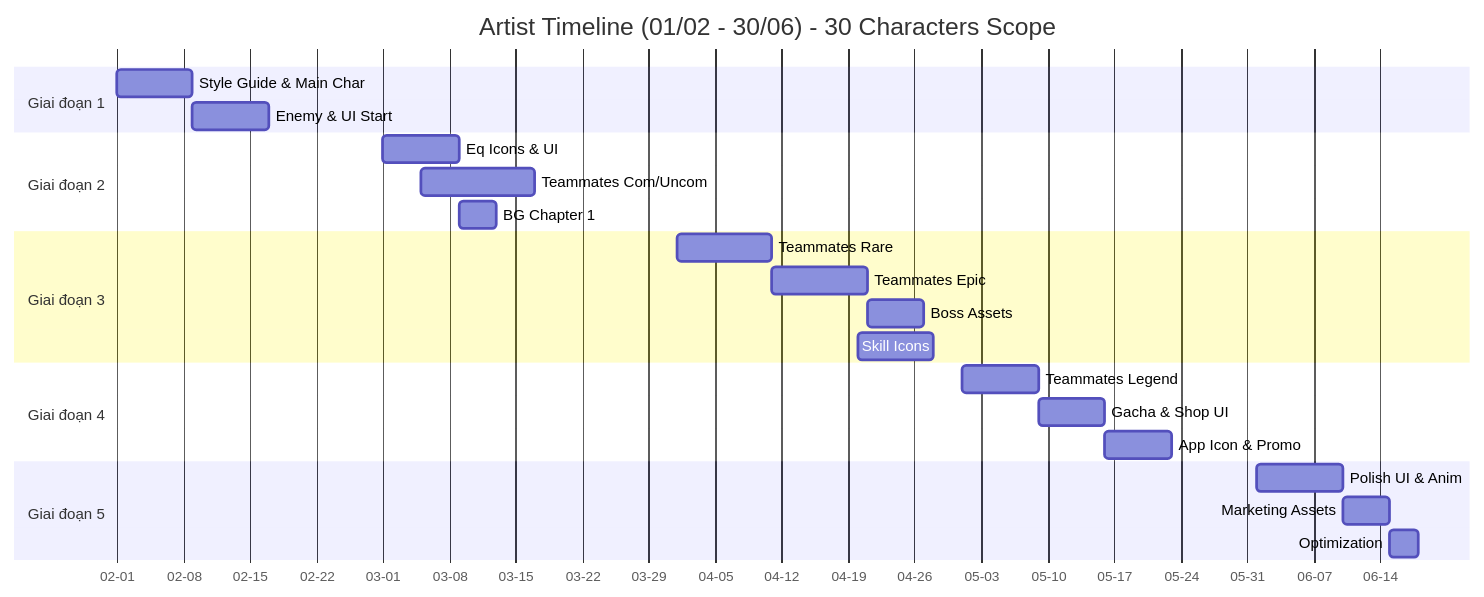
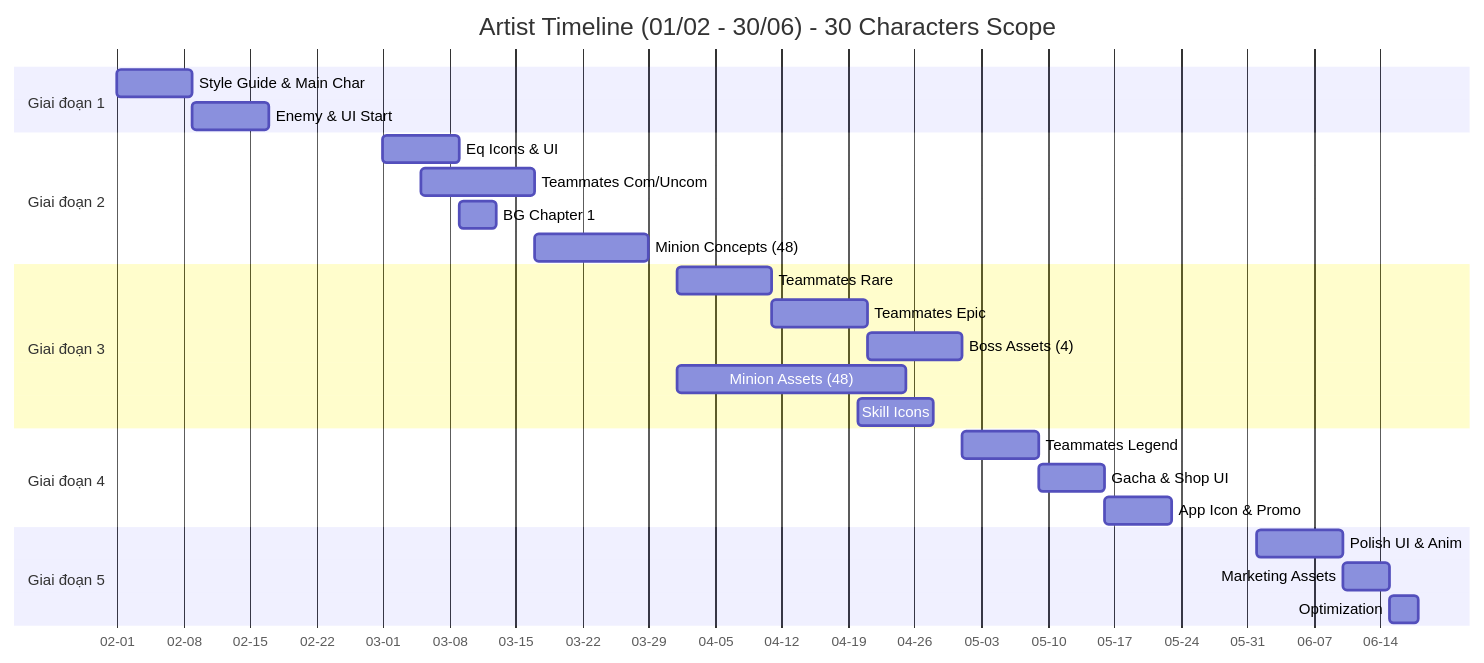
The diagram in docs/plan-timelines/artist.md (luantran-working/idlegame-designdocs), drawn with Mermaid before and after one commit. The commit also changed other lines of this file and 6 other files, not shown here.

Commit message:
feat: Add initial game design documentation for monster and skill systems, artist timeline, agent rules, and update sidebar navigation.

````diff
--- a/docs/plan-timelines/artist.md
+++ b/docs/plan-timelines/artist.md
@@ -88,31 +90,33 @@
 ```mermaid
 gantt
     title Artist Timeline (01/02 - 30/06) - 30 Characters Scope
     dateFormat YYYY-MM-DD
     axisFormat %m-%d
 
     section Giai đoạn 1
     Style Guide & Main Char :ART1, 2026-02-01, 8d
     Enemy & UI Start        :ART2, after ART1, 8d
 
     section Giai đoạn 2
     Eq Icons & UI           :ART3, 2026-03-01, 8d
     Teammates Com/Uncom     :ART4, 2026-03-05, 12d
     BG Chapter 1            :ART5, after ART3, 4d
+    Minion Concepts (48)    :ART35, after ART4, 12d
 
     section Giai đoạn 3
     Teammates Rare          :ART6, 2026-04-01, 10d
     Teammates Epic          :ART7, after ART6, 10d
-    Boss Assets             :ART8, after ART7, 6d
+    Boss Assets (4)         :ART8, after ART7, 10d
+    Minion Assets (48)      :ART36, 2026-04-01, 24d
     Skill Icons             :ART9, 2026-04-20, 8d
 
     section Giai đoạn 4
     Teammates Legend        :ART10, 2026-05-01, 8d
     Gacha & Shop UI         :ART11, after ART10, 7d
     App Icon & Promo        :ART12, after ART11, 7d
 
     section Giai đoạn 5
     Polish UI & Anim        :ART13, 2026-06-01, 9d
     Marketing Assets        :ART14, after ART13, 5d
     Optimization            :ART15, after ART14, 3d
 ```
````
